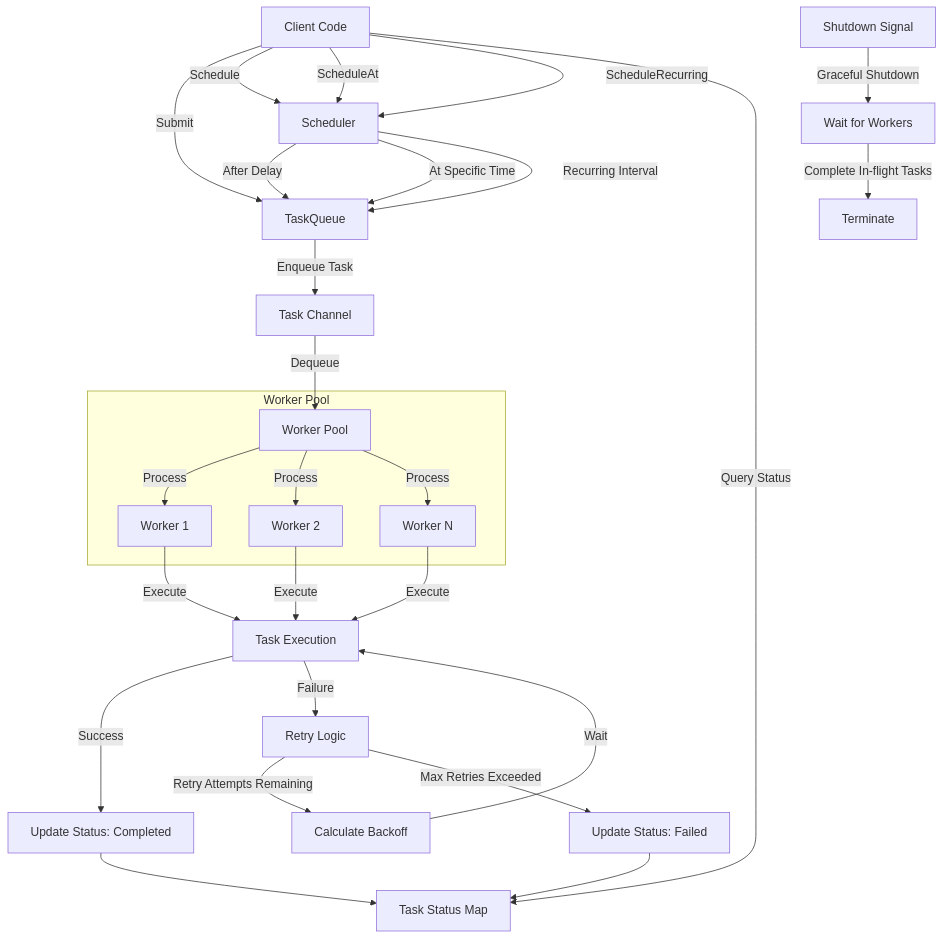
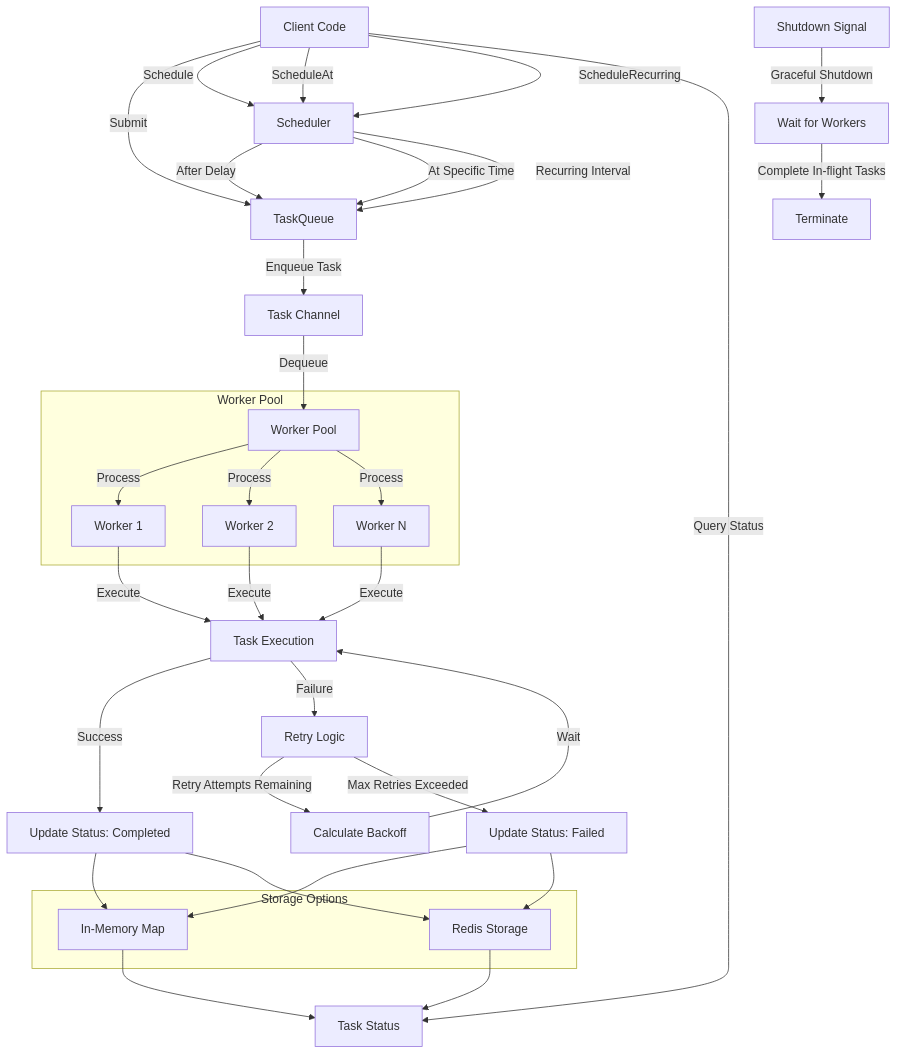
One commit to DukeBWard/go_do_work changed the diagram in README.md. Above: the diagram before and after it, drawn with Mermaid. The commit also changed other lines of this file, not shown here.

Commit message:
added small redis changes

````diff
--- a/README.md
+++ b/README.md
@@ -37,40 +43,50 @@
 ```mermaid
 graph TD
     A[Client Code] -->|Submit| B[TaskQueue]
     A -->|Schedule| C[Scheduler]
     A -->|ScheduleAt| C
     A -->|ScheduleRecurring| C
     
     C -->|After Delay| B
     C -->|At Specific Time| B
     C -->|Recurring Interval| B
     
     B -->|Enqueue Task| D[Task Channel]
     D -->|Dequeue| E[Worker Pool]
     
     subgraph "Worker Pool"
         E -->|Process| F1[Worker 1]
         E -->|Process| F2[Worker 2]
         E -->|Process| F3[Worker N]
     end
     
     F1 -->|Execute| G[Task Execution]
     F2 -->|Execute| G
     F3 -->|Execute| G
     
     G -->|Success| H[Update Status: Completed]
     G -->|Failure| I[Retry Logic]
     
     I -->|Retry Attempts Remaining| J[Calculate Backoff]
     J -->|Wait| G
     
     I -->|Max Retries Exceeded| K[Update Status: Failed]
     
-    H --> L[Task Status Map]
-    K --> L
+    subgraph "Storage Options"
+        L1[In-Memory Map]
+        L2[Redis Storage]
+    end
     
-    A -->|Query Status| L
+    H --> L1
+    H --> L2
+    K --> L1
+    K --> L2
     
-    M[Shutdown Signal] -->|Graceful Shutdown| N[Wait for Workers]
-    N -->|Complete In-flight Tasks| O[Terminate]
+    L1 --> M[Task Status]
+    L2 --> M
+    
+    A -->|Query Status| M
+    
+    N[Shutdown Signal] -->|Graceful Shutdown| O[Wait for Workers]
+    O -->|Complete In-flight Tasks| P[Terminate]
 ```
````
